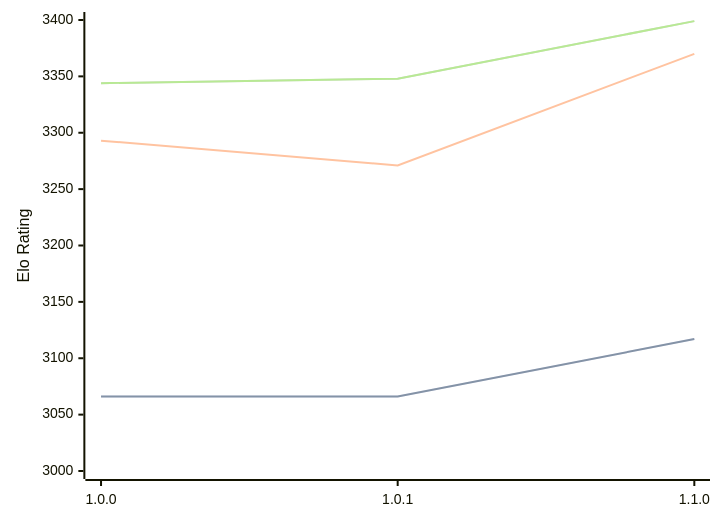
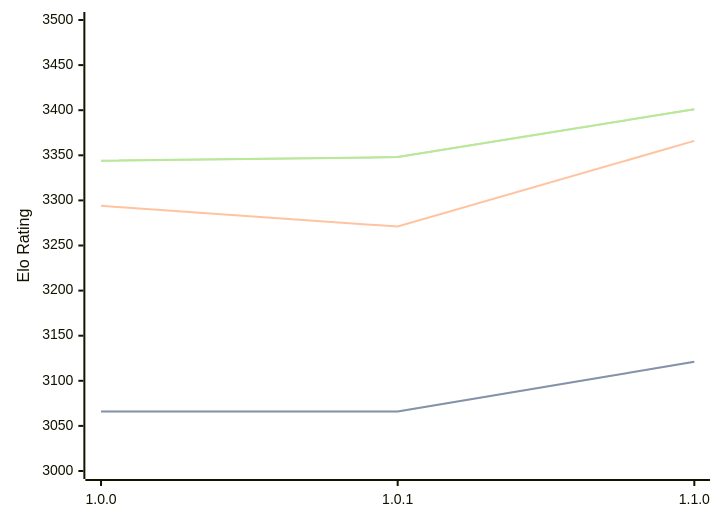
The diagram in engines/Ursus.md (computer-chess-index/cci), drawn with Mermaid before and after one commit. The commit also changed other lines of this file, not shown here.

Commit message:
Update CCI Ratings (ELO VLTC) - 2026-08-29

````diff
--- a/engines/Ursus.md
+++ b/engines/Ursus.md
@@ -33,11 +33,11 @@
 ```mermaid
 %%{init: {"theme":"base","themeVariables":{"seriesColors:['#a3a3a3','#222221','#faa371']}}}%%
 xychart-beta
   x-axis ["1.0.0", "1.0.1", "1.1.0"]
-  y-axis "Elo Rating" 3000 --> 3400
-  line "" [3066, 3066, 3117]
-  line "STC (8.0+0.08s)" [3066, 3066, 3117]
-  line "LTC (60.0+0.60s)" [3293, 3271, 3370]
-  line "" [3344, 3348, 3399]
-  line "VLTC (2m24s+1.12s)" [3344, 3348, 3399]
+  y-axis "Elo Rating" 3000 --> 3500
+  line "" [3066, 3066, 3121]
+  line "STC (8.0+0.08s)" [3066, 3066, 3121]
+  line "LTC (60.0+0.60s)" [3294, 3271, 3366]
+  line "" [3344, 3348, 3401]
+  line "VLTC (2m24s+1.12s)" [3344, 3348, 3401]
 ```
````
